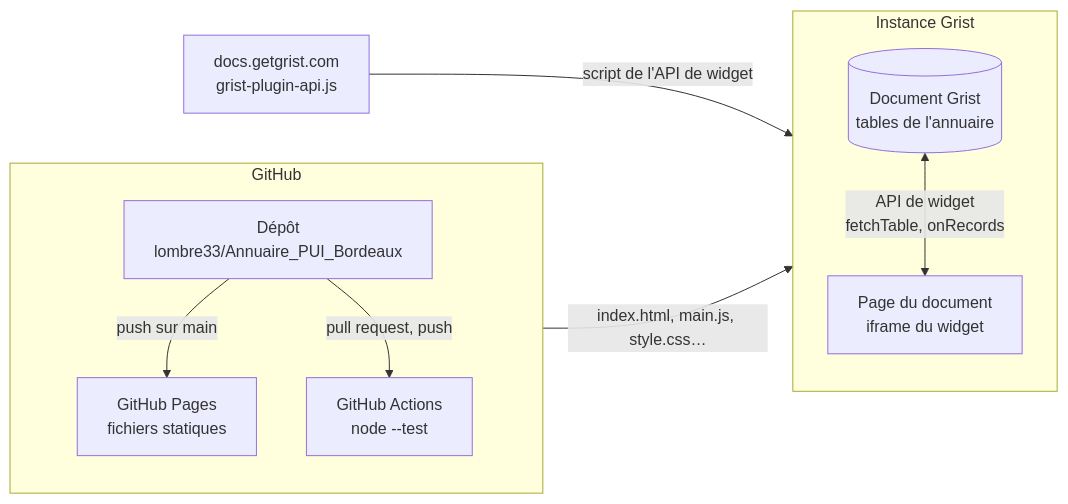
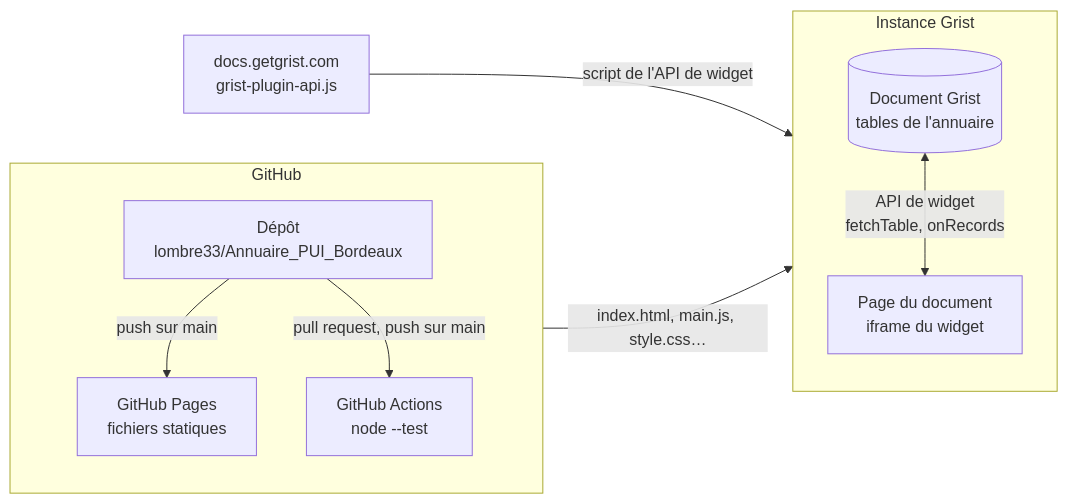
The first of 4 diagrams in docs/developpeurs.md (lombre33/Annuaire_PUI_Bordeaux), drawn with Mermaid before and after one commit. The commit also changed other lines of this file and 5 other files, not shown here.

````diff
--- a/docs/developpeurs.md
+++ b/docs/developpeurs.md
@@ -30,20 +30,20 @@
 ```mermaid
 flowchart LR
     subgraph grist["Instance Grist"]
         direction TB
         doc[("Document Grist<br/>tables de l'annuaire")]
         page["Page du document<br/>iframe du widget"]
         doc <-->|"API de widget<br/>fetchTable, onRecords"| page
     end
     subgraph github["GitHub"]
         direction TB
         repo["Dépôt<br/>lombre33/Annuaire_PUI_Bordeaux"]
         pages["GitHub Pages<br/>fichiers statiques"]
         ci["GitHub Actions<br/>node --test"]
         repo -->|"push sur main"| pages
-        repo -->|"pull request, push"| ci
+        repo -->|"pull request, push sur main"| ci
     end
     api["docs.getgrist.com<br/>grist-plugin-api.js"]
     pages -->|"index.html, main.js, style.css…"| page
     api -->|"script de l'API de widget"| page
 ```
````
